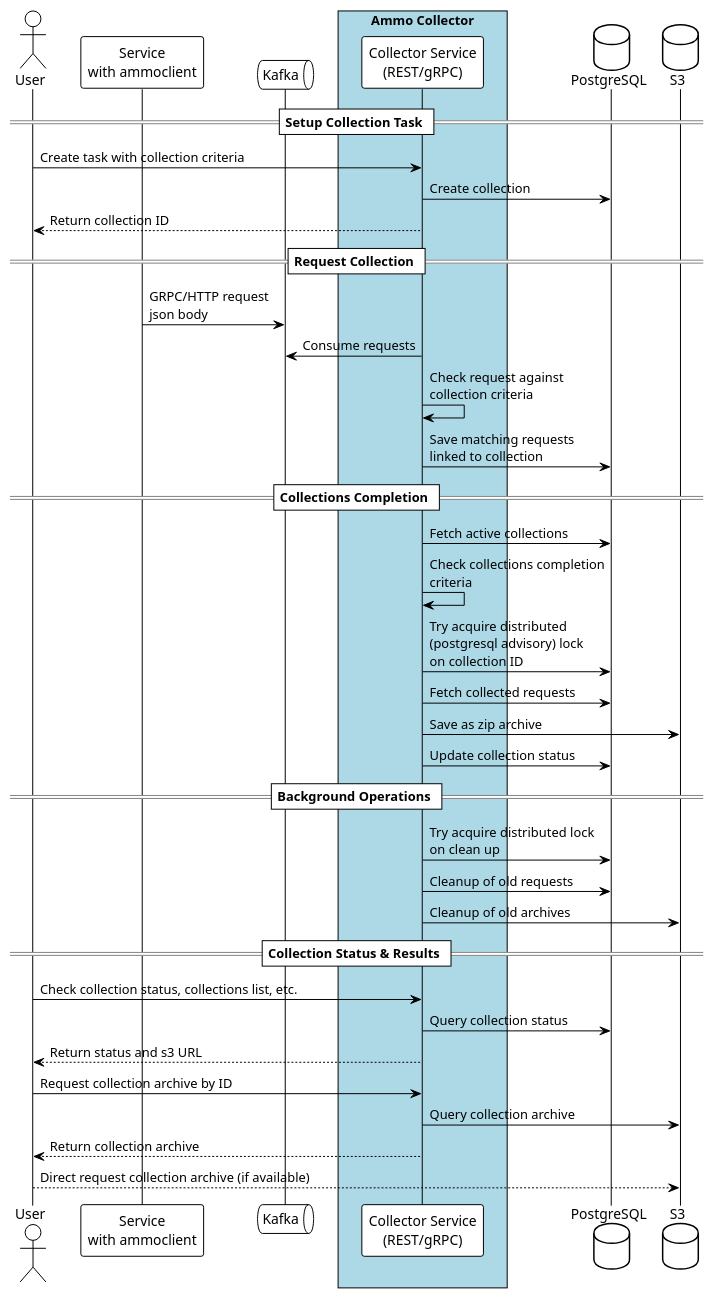
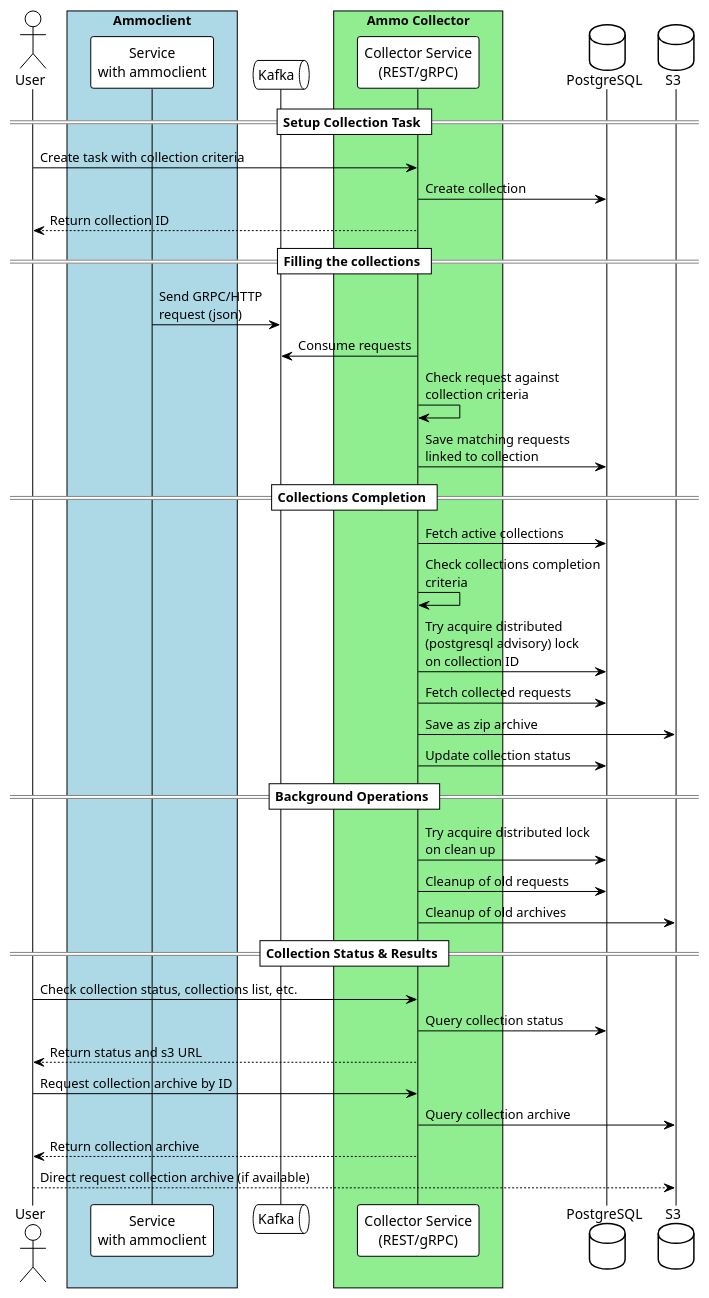
The diagram in docs/service-flow.puml (n-r-w/collector), drawn with PlantUML before and after one commit. The commit also changed 1 other file, not shown here.

```diff
--- a/docs/service-flow.puml
+++ b/docs/service-flow.puml
@@ -1,51 +1,56 @@
 @startuml
 !theme plain
 skinparam backgroundColor white
 skinparam ParticipantPadding 20
 skinparam BoxPadding 10
 
 actor "User" as user
+
+box "Ammoclient" #LightBlue
 participant "Service\nwith ammoclient" as client
+end box
+
 queue "Kafka" as kafka
-box "Ammo Collector" #LightBlue    
+
+box "Ammo Collector" #LightGreen
     participant "Collector Service\n(REST/gRPC)" as collector
 end box
+
 database "PostgreSQL" as postgres
 database "S3" as s3
 
 == Setup Collection Task ==
 user -> collector: Create task with collection criteria
 collector -> postgres: Create collection
 collector --> user: Return collection ID
 
-== Request Collection ==
-client -> kafka: GRPC/HTTP request\njson body
+== Filling the collections == 
+client -> kafka: Send GRPC/HTTP\nrequest (json)
 collector -> kafka: Consume requests
 collector -> collector: Check request against\ncollection criteria
 collector -> postgres: Save matching requests\nlinked to collection
-
 
 == Collections Completion ==
 collector -> postgres: Fetch active collections
 collector -> collector: Check collections completion\ncriteria
 collector -> postgres: Try acquire distributed\n(postgresql advisory) lock\non collection ID
 collector -> postgres: Fetch collected requests
 collector -> s3: Save as zip archive
 collector -> postgres: Update collection status
 
 == Background Operations ==
 collector -> postgres: Try acquire distributed lock\non clean up
 collector -> postgres: Cleanup of old requests
 collector -> s3: Cleanup of old archives
 
 == Collection Status & Results ==
 user -> collector: Check collection status, collections list, etc.
 collector -> postgres: Query collection status
 collector --> user: Return status and s3 URL
 
 user -> collector: Request collection archive by ID
 collector -> s3: Query collection archive
 collector --> user: Return collection archive
 user --> s3: Direct request collection archive (if available)
 
 @enduml
```
